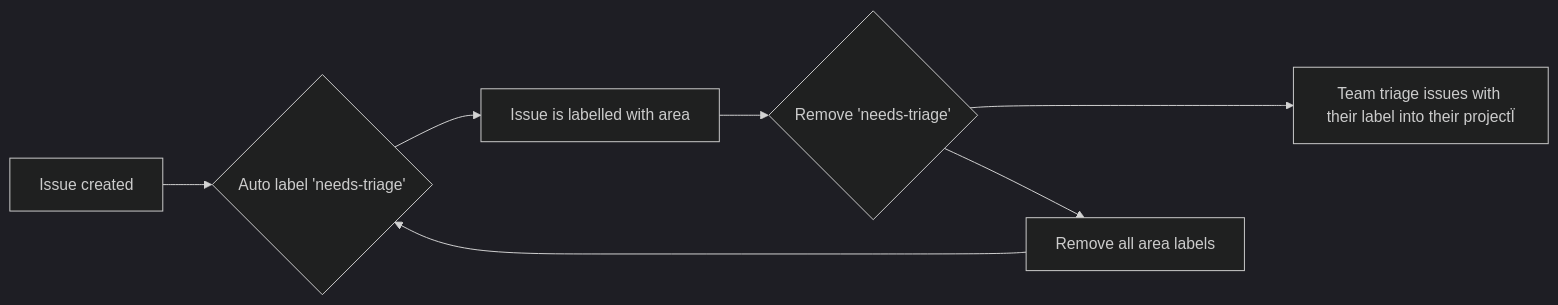
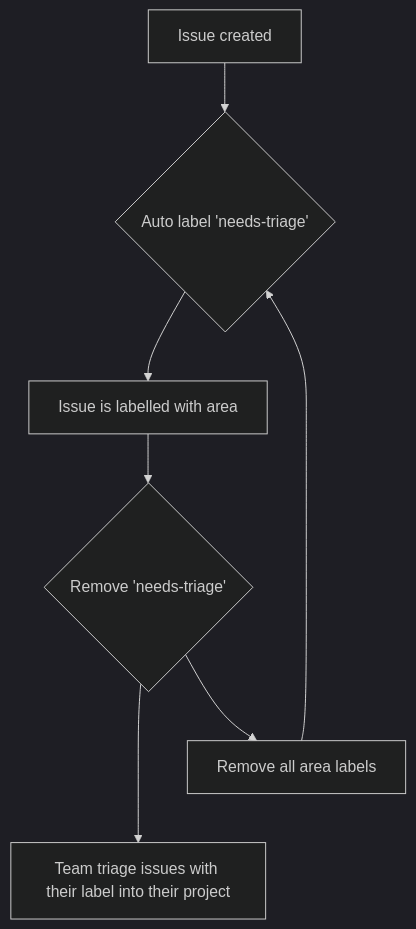
Before and after one commit to microsoft/typespec: the diagram in CONTRIBUTING.md, drawn with Mermaid (dark theme).

````diff
--- a/CONTRIBUTING.md
+++ b/CONTRIBUTING.md
@@ -231,14 +231,14 @@
 ```mermaid
-flowchart LR
+flowchart TD
     created["Issue created"] --> add-needs-triage
     add-needs-triage{Auto label 'needs-triage'}
     add-area-label[Issue is labelled with area]
     remove-needs-triage{Remove 'needs-triage'}
     remove-area-label[Remove all area labels]
-    team-triage[Team triage issues with their label into their projectÏ]
+    team-triage[Team triage issues with their label into their project]
     add-needs-triage --> add-area-label
     add-area-label --> remove-needs-triage
     remove-needs-triage ---> team-triage
     remove-needs-triage --> remove-area-label
     remove-area-label --> add-needs-triage
 ```
````
